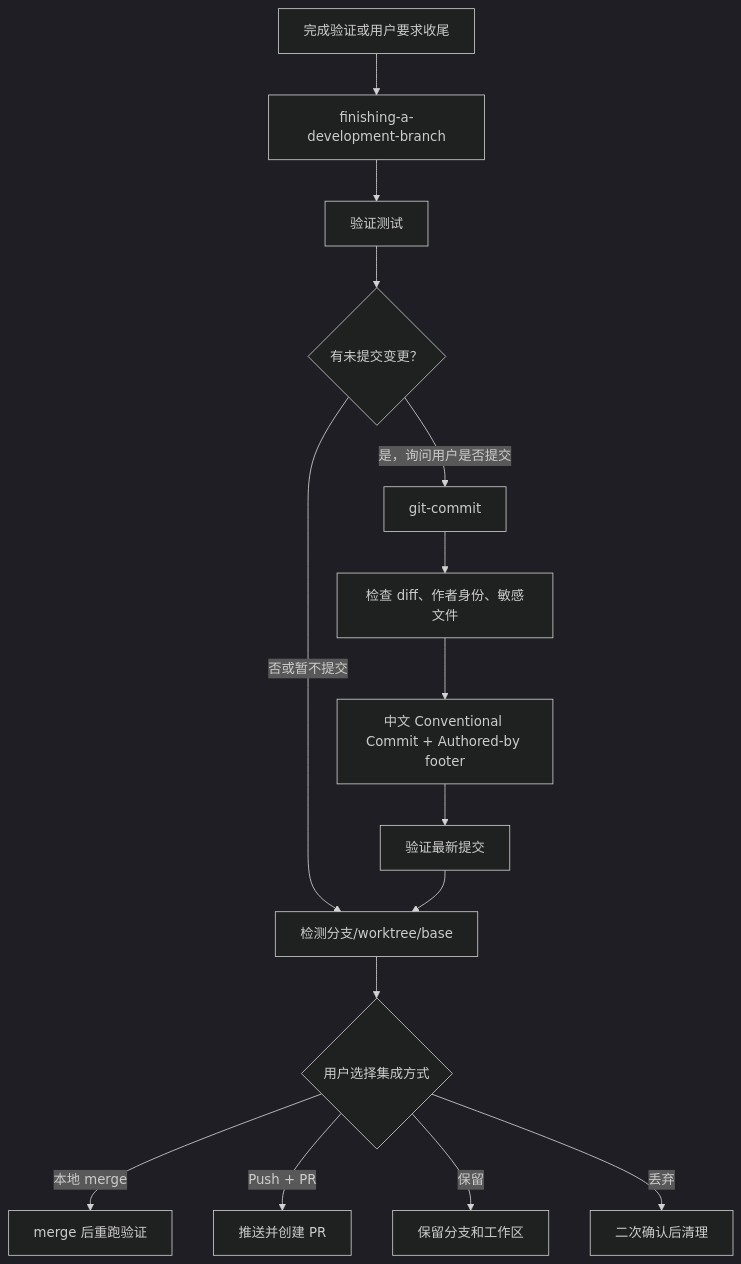
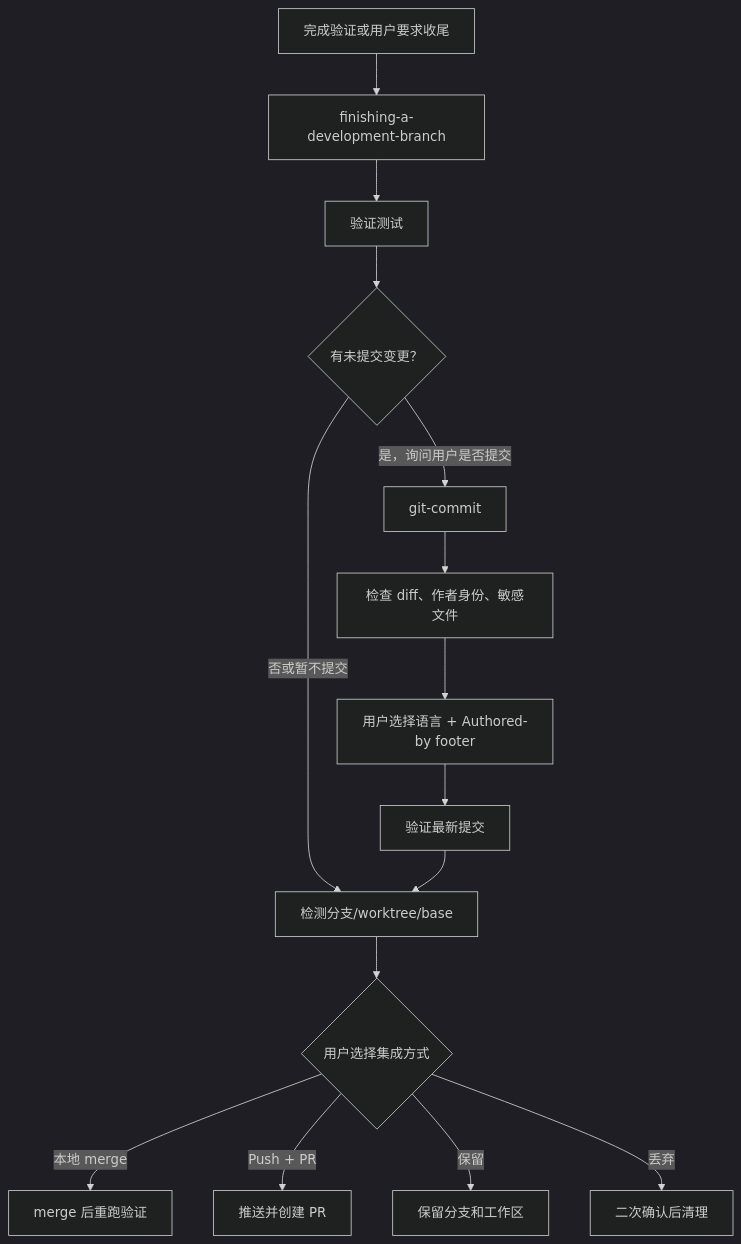
The eighth of 12 diagrams in docs/workflow-chain.md (Vincen-dev/coding-plugins), drawn with Mermaid (dark theme) before and after one commit. The commit also changed other lines of this file and 17 other files, not shown here.

````diff
--- a/docs/workflow-chain.md
+++ b/docs/workflow-chain.md
@@ -299,17 +299,17 @@
 ```mermaid
 flowchart TD
   A["完成验证或用户要求收尾"] --> B["finishing-a-development-branch"]
   B --> C["验证测试"]
   C --> D{"有未提交变更？"}
   D -->|是，询问用户是否提交| E["git-commit"]
   D -->|否或暂不提交| I["检测分支/worktree/base"]
   E --> F["检查 diff、作者身份、敏感文件"]
-  F --> G["中文 Conventional Commit + Authored-by footer"]
+  F --> G["用户选择语言 + Authored-by footer"]
   G --> H["验证最新提交"]
   H --> I
   I --> J{"用户选择集成方式"}
   J -->|本地 merge| K["merge 后重跑验证"]
   J -->|Push + PR| L["推送并创建 PR"]
   J -->|保留| M["保留分支和工作区"]
   J -->|丢弃| N["二次确认后清理"]
 ```
````
